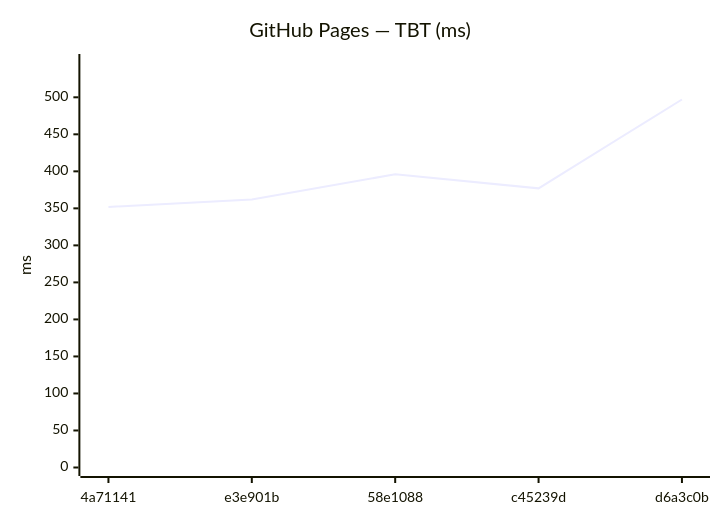
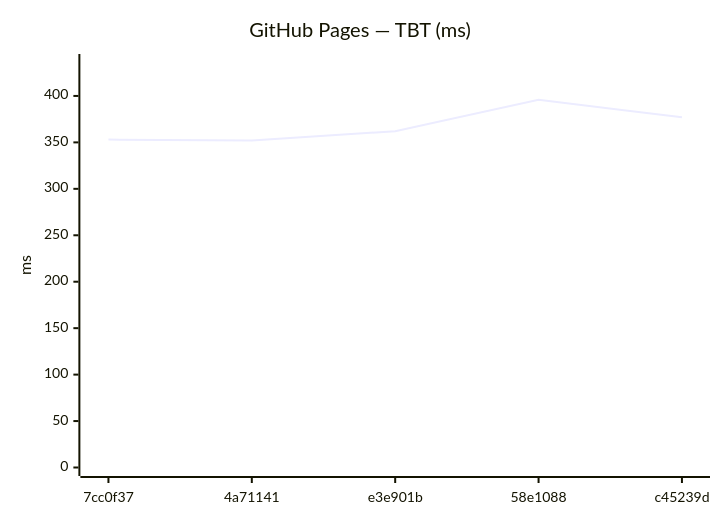
Before and after one commit to Metaheurist/Rianell: the tenth of 18 diagrams in benchmarks/compare.md, drawn with Mermaid. The commit also changed other lines of this file and 11 other files, not shown here.

````diff
--- a/benchmarks/compare.md
+++ b/benchmarks/compare.md
@@ -149,7 +149,7 @@
 ```mermaid
 xychart-beta
     title "GitHub Pages — TBT (ms)"
-    x-axis ["4a71141", "e3e901b", "58e1088", "c45239d", "d6a3c0b"]
-    y-axis "ms" 0 --> 547
-    line [352, 362, 396, 377, 497]
+    x-axis ["7cc0f37", "4a71141", "e3e901b", "58e1088", "c45239d"]
+    y-axis "ms" 0 --> 436
+    line [353, 352, 362, 396, 377]
 ```
````
